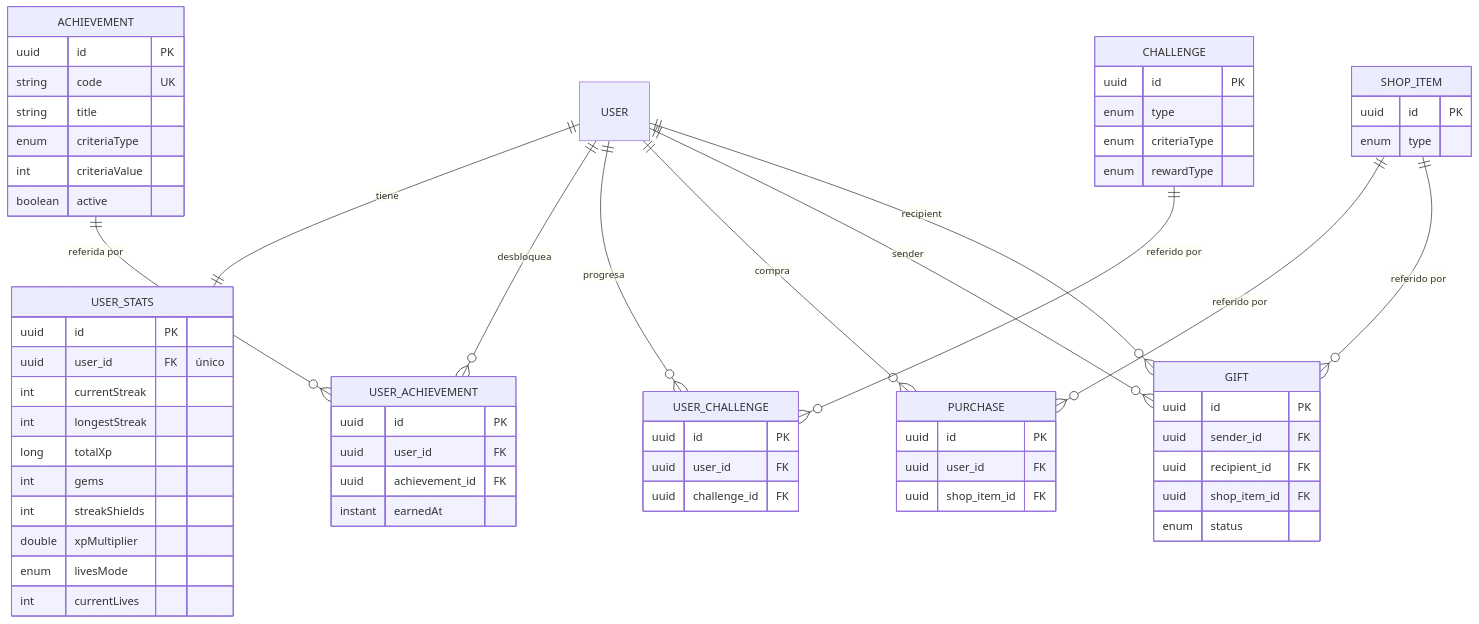
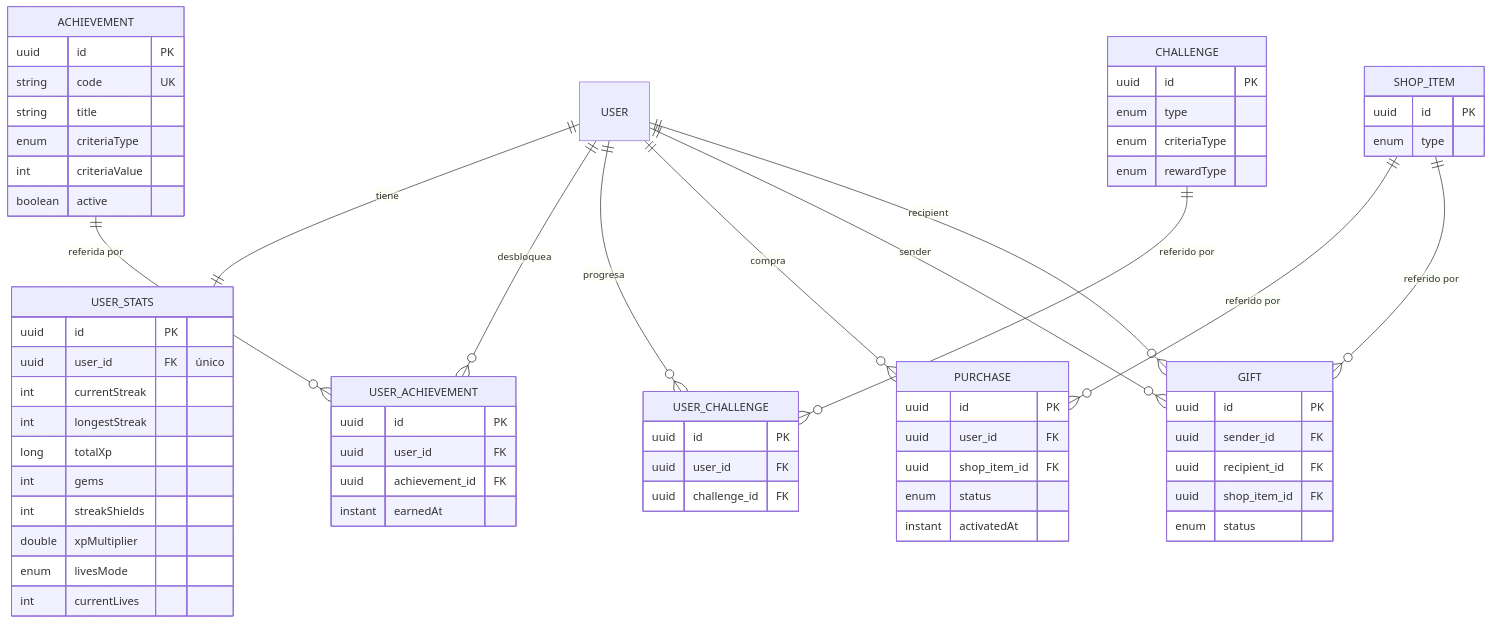
One commit to signasource/signa-api changed the fourth of 5 diagrams in docs/diagrams/er.md. Above: the diagram before and after it, drawn with Mermaid. The commit also changed 10 other files, not shown here.

````diff
--- a/docs/diagrams/er.md
+++ b/docs/diagrams/er.md
@@ -134,67 +134,69 @@
 ```mermaid
 erDiagram
     USER ||--|| USER_STATS : tiene
     USER ||--o{ USER_ACHIEVEMENT : desbloquea
     USER ||--o{ USER_CHALLENGE : progresa
     USER ||--o{ PURCHASE : compra
     USER ||--o{ GIFT : "sender"
     USER ||--o{ GIFT : "recipient"
     ACHIEVEMENT ||--o{ USER_ACHIEVEMENT : "referida por"
     CHALLENGE ||--o{ USER_CHALLENGE : "referido por"
     SHOP_ITEM ||--o{ PURCHASE : "referido por"
     SHOP_ITEM ||--o{ GIFT : "referido por"
 
     USER_STATS {
         uuid id PK
         uuid user_id FK "único"
         int currentStreak
         int longestStreak
         long totalXp
         int gems
         int streakShields
         double xpMultiplier
         enum livesMode
         int currentLives
     }
     ACHIEVEMENT {
         uuid id PK
         string code UK
         string title
         enum criteriaType
         int criteriaValue
         boolean active
     }
     USER_ACHIEVEMENT {
         uuid id PK
         uuid user_id FK
         uuid achievement_id FK
         instant earnedAt
     }
     CHALLENGE {
         uuid id PK
         enum type
         enum criteriaType
         enum rewardType
     }
     USER_CHALLENGE {
         uuid id PK
         uuid user_id FK
         uuid challenge_id FK
     }
     SHOP_ITEM {
         uuid id PK
         enum type
     }
     PURCHASE {
         uuid id PK
         uuid user_id FK
         uuid shop_item_id FK
+        enum status
+        instant activatedAt
     }
     GIFT {
         uuid id PK
         uuid sender_id FK
         uuid recipient_id FK
         uuid shop_item_id FK
         enum status
     }
 ```
````
